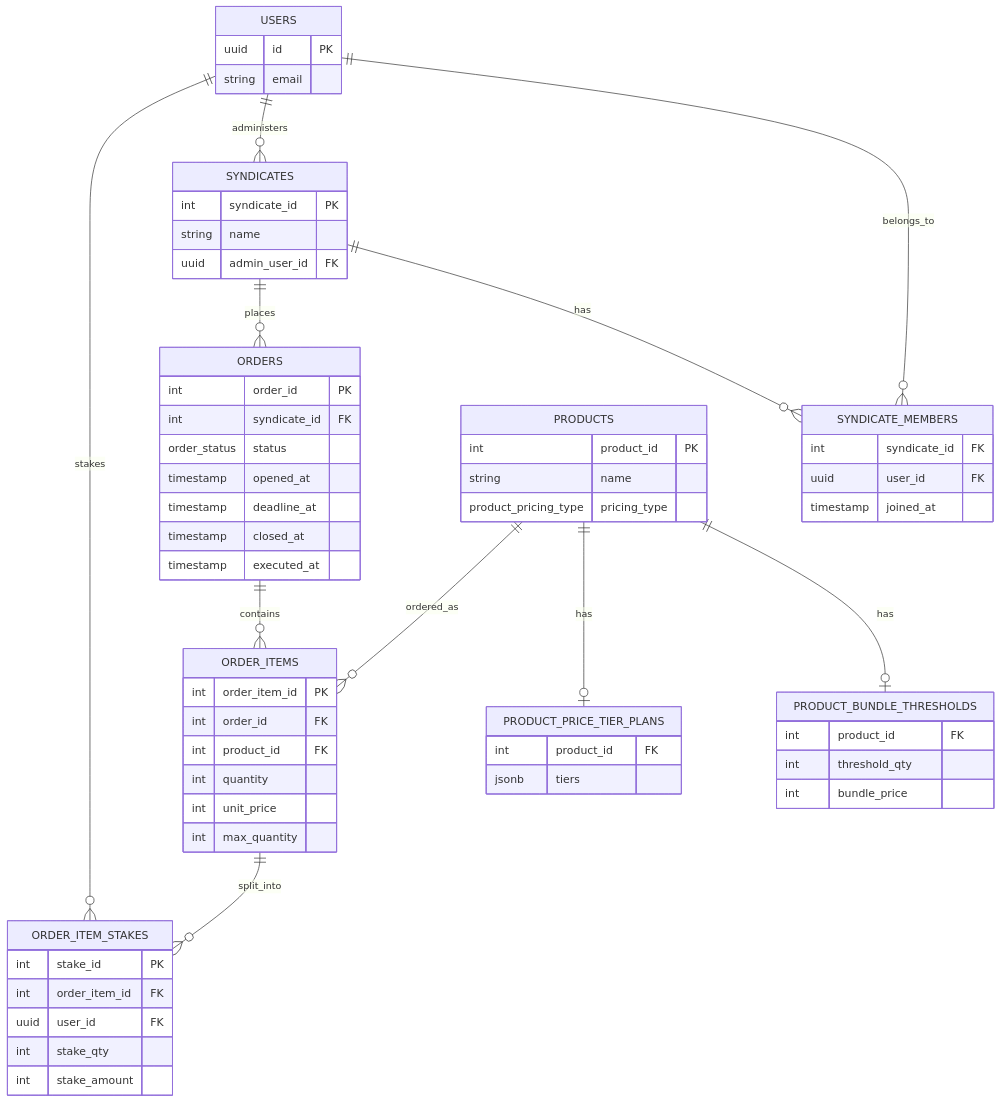
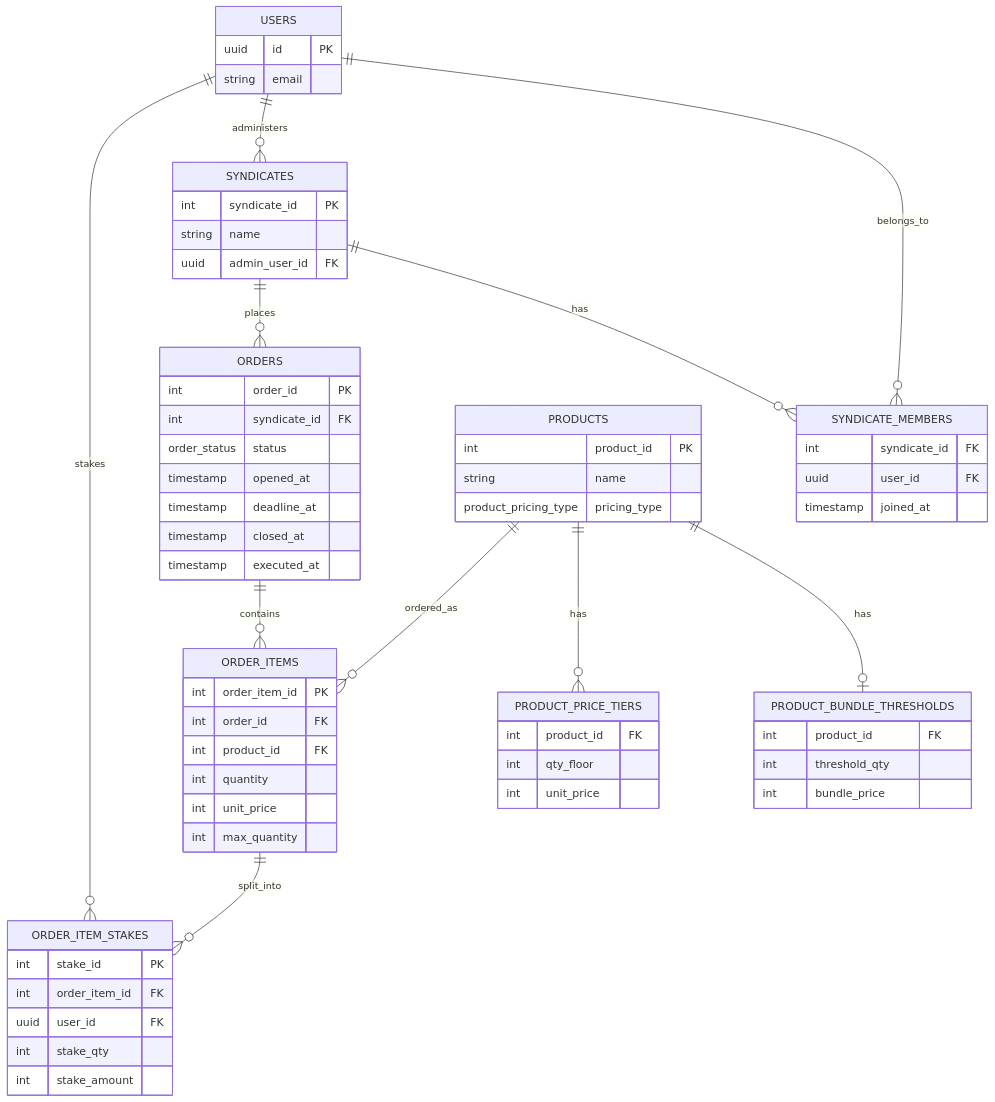
The diagram in README.md (sormiston/AnteCat), drawn with Mermaid before and after one commit. The commit also changed other lines of this file and 4 other files, not shown here.

````diff
--- a/README.md
+++ b/README.md
@@ -59,67 +64,68 @@
 ```mermaid
 
 erDiagram
   USERS ||--o{ SYNDICATE_MEMBERS : belongs_to
   SYNDICATES ||--o{ SYNDICATE_MEMBERS : has
   USERS ||--o{ SYNDICATES : administers
   SYNDICATES ||--o{ ORDERS : places
   PRODUCTS ||--o| PRODUCT_BUNDLE_THRESHOLDS : has
-  PRODUCTS ||--o| PRODUCT_PRICE_TIER_PLANS : has
+  PRODUCTS ||--o{ PRODUCT_PRICE_TIERS : has
   ORDERS ||--o{ ORDER_ITEMS : contains
   PRODUCTS ||--o{ ORDER_ITEMS : ordered_as
   ORDER_ITEMS ||--o{ ORDER_ITEM_STAKES : split_into
   USERS ||--o{ ORDER_ITEM_STAKES : stakes
 
   USERS {
     uuid id PK
     string email
   }
   SYNDICATES {
     int syndicate_id PK
     string name
     uuid admin_user_id FK
   }
   SYNDICATE_MEMBERS {
     int syndicate_id FK
     uuid user_id FK
     timestamp joined_at
   }
   PRODUCTS {
     int product_id PK
     string name
     product_pricing_type pricing_type
   }
   PRODUCT_BUNDLE_THRESHOLDS {
     int product_id FK
     int threshold_qty
     int bundle_price
   }
-  PRODUCT_PRICE_TIER_PLANS {
+  PRODUCT_PRICE_TIERS {
     int product_id FK
-    jsonb tiers
+    int qty_floor
+    int unit_price
   }
   ORDERS {
     int order_id PK
     int syndicate_id FK
     order_status status
     timestamp opened_at
     timestamp deadline_at
     timestamp closed_at
     timestamp executed_at
   }
   ORDER_ITEMS {
     int order_item_id PK
     int order_id FK
     int product_id FK
     int quantity
     int unit_price
     int max_quantity
   }
   ORDER_ITEM_STAKES {
     int stake_id PK
     int order_item_id FK
     uuid user_id FK
     int stake_qty
     int stake_amount
   }
 ```
````
